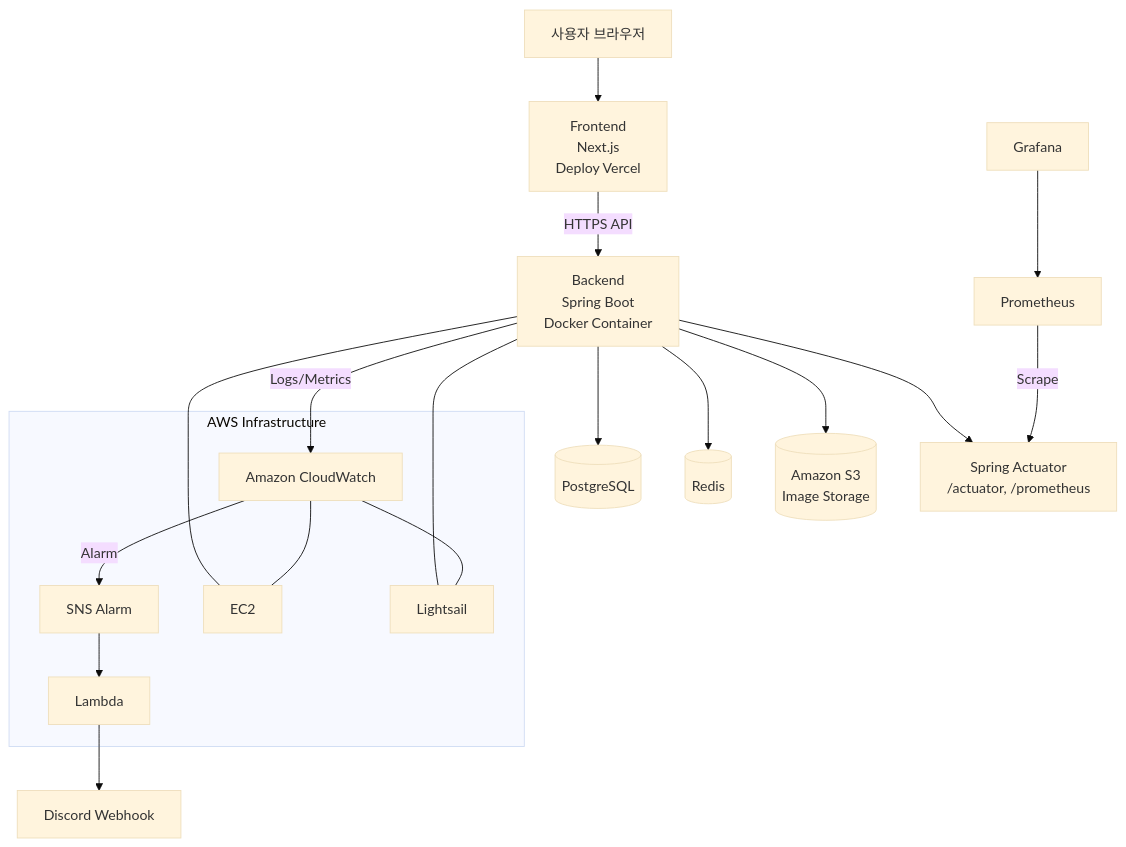
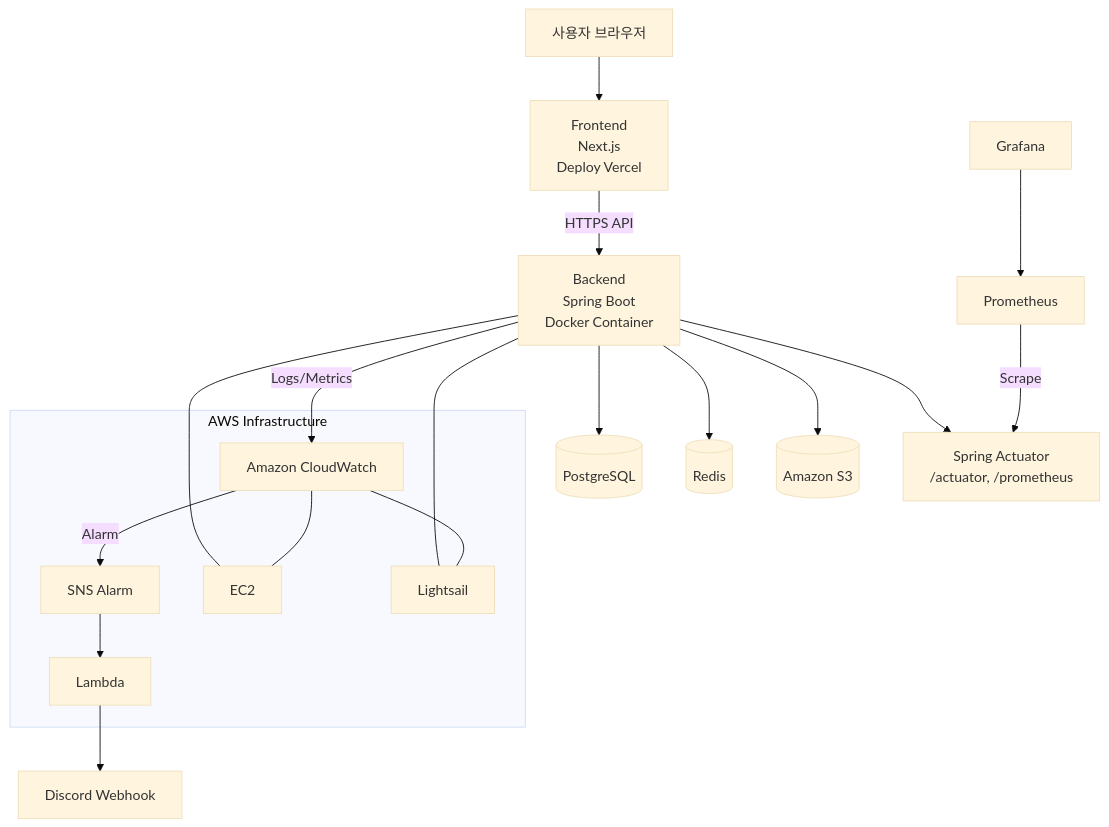
Before and after one commit to openmpy/runner-wiki: the first of 3 diagrams in README.md, drawn with Mermaid (base theme). The commit also changed other lines of this file, not shown here.

````diff
--- a/README.md
+++ b/README.md
@@ -46,42 +46,42 @@
 ```mermaid
 flowchart TB
     U[사용자 브라우저]
     FE[Frontend<br/>Next.js<br/>Deploy Vercel]
     BE[Backend<br/>Spring Boot<br/>Docker Container]
     PG[(PostgreSQL)]
     RD[(Redis)]
-    S3[(Amazon S3<br/>Image Storage)]
+    S3[(Amazon S3)]
     U --> FE
     FE -->|HTTPS API| BE
     BE --> PG
     BE --> RD
     BE --> S3
 %% Monitoring & Metrics
     ACT[Spring Actuator<br/>/actuator, /prometheus]
     PROM[Prometheus]
     GRAF[Grafana]
     CW[Amazon CloudWatch]
     SNS[SNS Alarm]
     LAMBDA[Lambda]
     DISCORD[Discord Webhook]
     BE --> ACT
     PROM -->|Scrape| ACT
     GRAF --> PROM
     BE -->|Logs/Metrics| CW
     CW -->|Alarm| SNS
     SNS --> LAMBDA
     LAMBDA --> DISCORD
 
     subgraph AWS Infrastructure
         EC2[EC2]
         LS[Lightsail]
         CW
         SNS
         LAMBDA
     end
 
     BE --- EC2
     BE --- LS
     CW --- EC2
     CW --- LS
 ```
````
